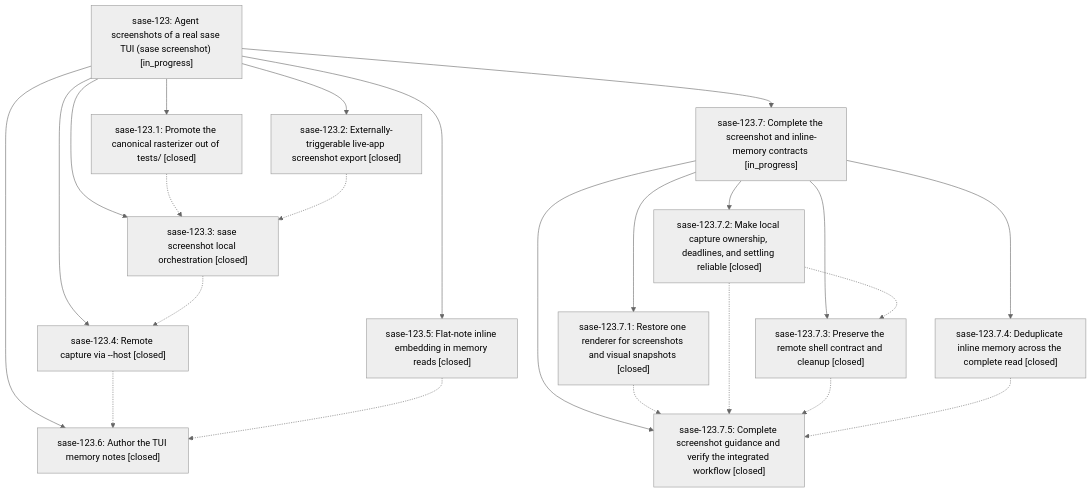
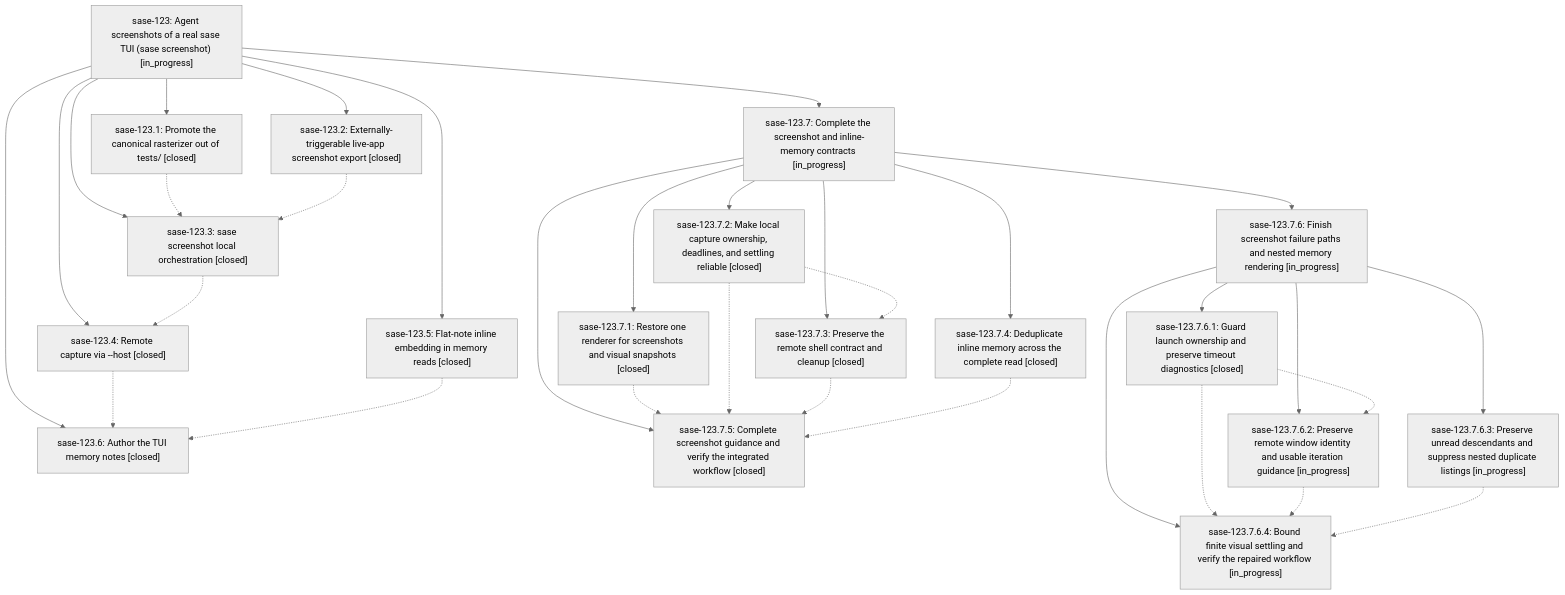
One commit to sase-org/sase--beads changed the diagram in pages/sase-123/README.md. Above: the diagram before and after it, drawn with Mermaid (neutral theme). The commit also changed other lines of this file and 6 other files, not shown here.

````diff
--- a/pages/sase-123/README.md
+++ b/pages/sase-123/README.md
@@ -55,38 +55,52 @@
 ```mermaid
 flowchart TD
     n0["sase-123: Agent screenshots of a real sase TUI (sase screenshot) [in_progress]"]
     n1["sase-123.1: Promote the canonical rasterizer out of tests/ [closed]"]
     n2["sase-123.2: Externally-triggerable live-app screenshot export [closed]"]
     n3["sase-123.3: sase screenshot local orchestration [closed]"]
     n4["sase-123.4: Remote capture via --host [closed]"]
     n5["sase-123.5: Flat-note inline embedding in memory reads [closed]"]
     n6["sase-123.6: Author the TUI memory notes [closed]"]
     n7["sase-123.7: Complete the screenshot and inline-memory contracts [in_progress]"]
     n8["sase-123.7.1: Restore one renderer for screenshots and visual snapshots [closed]"]
     n9["sase-123.7.2: Make local capture ownership, deadlines, and settling reliable [closed]"]
     n10["sase-123.7.3: Preserve the remote shell contract and cleanup [closed]"]
     n11["sase-123.7.4: Deduplicate inline memory across the complete read [closed]"]
     n12["sase-123.7.5: Complete screenshot guidance and verify the integrated workflow [closed]"]
+    n13["sase-123.7.6: Finish screenshot failure paths and nested memory rendering [in_progress]"]
+    n14["sase-123.7.6.1: Guard launch ownership and preserve timeout diagnostics [closed]"]
+    n15["sase-123.7.6.2: Preserve remote window identity and usable iteration guidance [in_progress]"]
+    n16["sase-123.7.6.3: Preserve unread descendants and suppress nested duplicate listings [in_progress]"]
+    n17["sase-123.7.6.4: Bound finite visual settling and verify the repaired workflow [in_progress]"]
     n0 --> n1
     n0 --> n2
     n0 --> n3
     n0 --> n4
     n0 --> n5
     n0 --> n6
     n0 --> n7
     n7 --> n8
     n7 --> n9
     n7 --> n10
     n7 --> n11
     n7 --> n12
+    n7 --> n13
+    n13 --> n14
+    n13 --> n15
+    n13 --> n16
+    n13 --> n17
     n1 -.-> n3
     n2 -.-> n3
     n3 -.-> n4
     n4 -.-> n6
     n5 -.-> n6
     n8 -.-> n12
     n9 -.-> n10
     n9 -.-> n12
     n10 -.-> n12
     n11 -.-> n12
+    n14 -.-> n15
+    n14 -.-> n17
+    n15 -.-> n17
+    n16 -.-> n17
 ```
````
